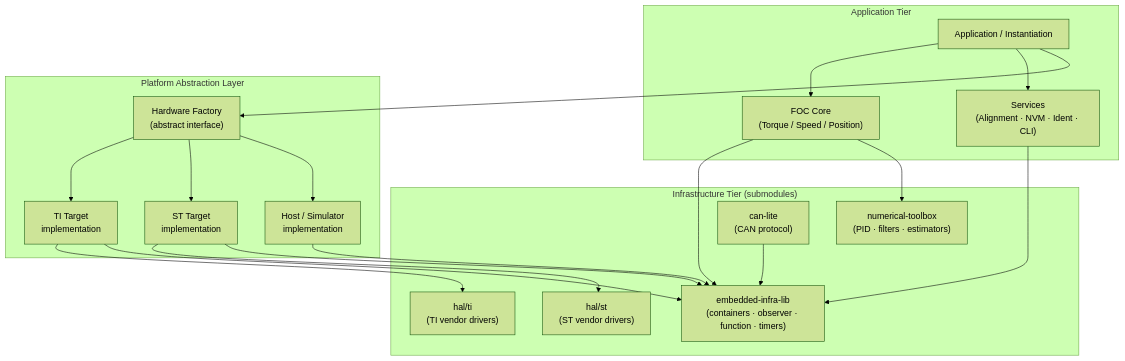
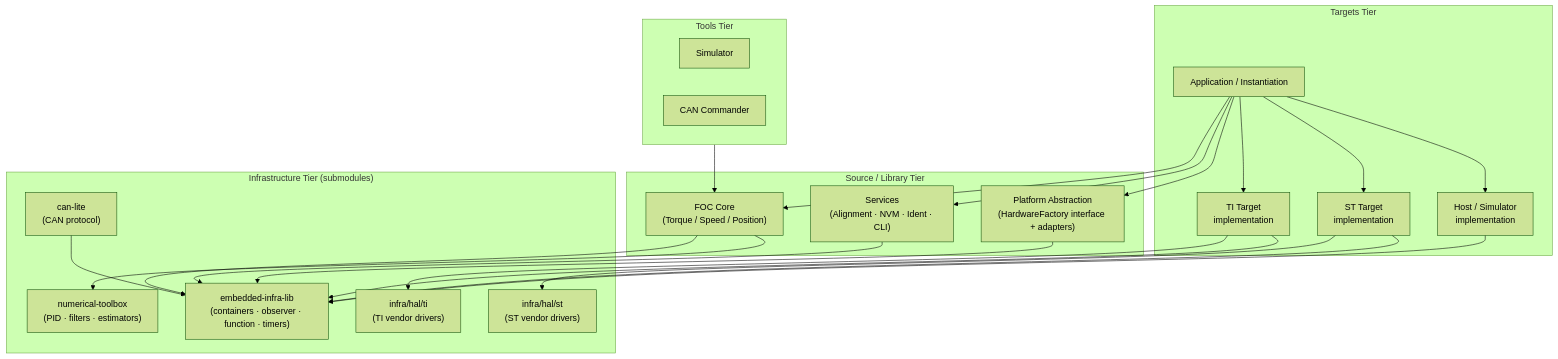
Before and after one commit to embedded-pro/e-foc: the first of 5 diagrams in documentation/architecture/system.md, drawn with Mermaid (forest theme). The commit also changed other lines of this file and 234 other files, not shown here.

````diff
--- a/documentation/architecture/system.md
+++ b/documentation/architecture/system.md
@@ -53,39 +54,46 @@
 ```mermaid
 graph TD
-    subgraph APP["Application Tier"]
+    subgraph TARGETS["Targets Tier"]
         INST["Application / Instantiation"]
+        PAL_TI["TI Target\nimplementation"]
+        PAL_ST["ST Target\nimplementation"]
+        PAL_HOST["Host / Simulator\nimplementation"]
+    end
+
+    subgraph SRC["Source / Library Tier"]
         SVC["Services\n(Alignment · NVM · Ident · CLI)"]
         FOC["FOC Core\n(Torque / Speed / Position)"]
-    end
-
-    subgraph PAL["Platform Abstraction Layer"]
-        HF["Hardware Factory\n(abstract interface)"]
-        HW_TI["TI Target\nimplementation"]
-        HW_ST["ST Target\nimplementation"]
-        HW_HOST["Host / Simulator\nimplementation"]
+        HF["Platform Abstraction\n(HardwareFactory interface + adapters)"]
     end
 
     subgraph INFRA["Infrastructure Tier (submodules)"]
         EMIL["embedded-infra-lib\n(containers · observer · function · timers)"]
         NT["numerical-toolbox\n(PID · filters · estimators)"]
         CAN["can-lite\n(CAN protocol)"]
-        HAL_TI["hal/ti\n(TI vendor drivers)"]
-        HAL_ST["hal/st\n(ST vendor drivers)"]
+        HAL_TI["infra/hal/ti\n(TI vendor drivers)"]
+        HAL_ST["infra/hal/st\n(ST vendor drivers)"]
+    end
+
+    subgraph TOOLS["Tools Tier"]
+        SIM["Simulator"]
+        CANC["CAN Commander"]
     end
 
     INST --> FOC
     INST --> SVC
     INST --> HF
+    INST --> PAL_TI
+    INST --> PAL_ST
+    INST --> PAL_HOST
     FOC --> EMIL
     FOC --> NT
     SVC --> EMIL
-    HF --> HW_TI
-    HF --> HW_ST
-    HF --> HW_HOST
-    HW_TI --> HAL_TI
-    HW_ST --> HAL_ST
-    HW_HOST --> EMIL
-    HW_TI --> EMIL
-    HW_ST --> EMIL
+    HF --> EMIL
+    PAL_TI --> HAL_TI
+    PAL_ST --> HAL_ST
+    PAL_HOST --> EMIL
+    PAL_TI --> EMIL
+    PAL_ST --> EMIL
     CAN --> EMIL
+    TOOLS --> FOC
 ```
````
